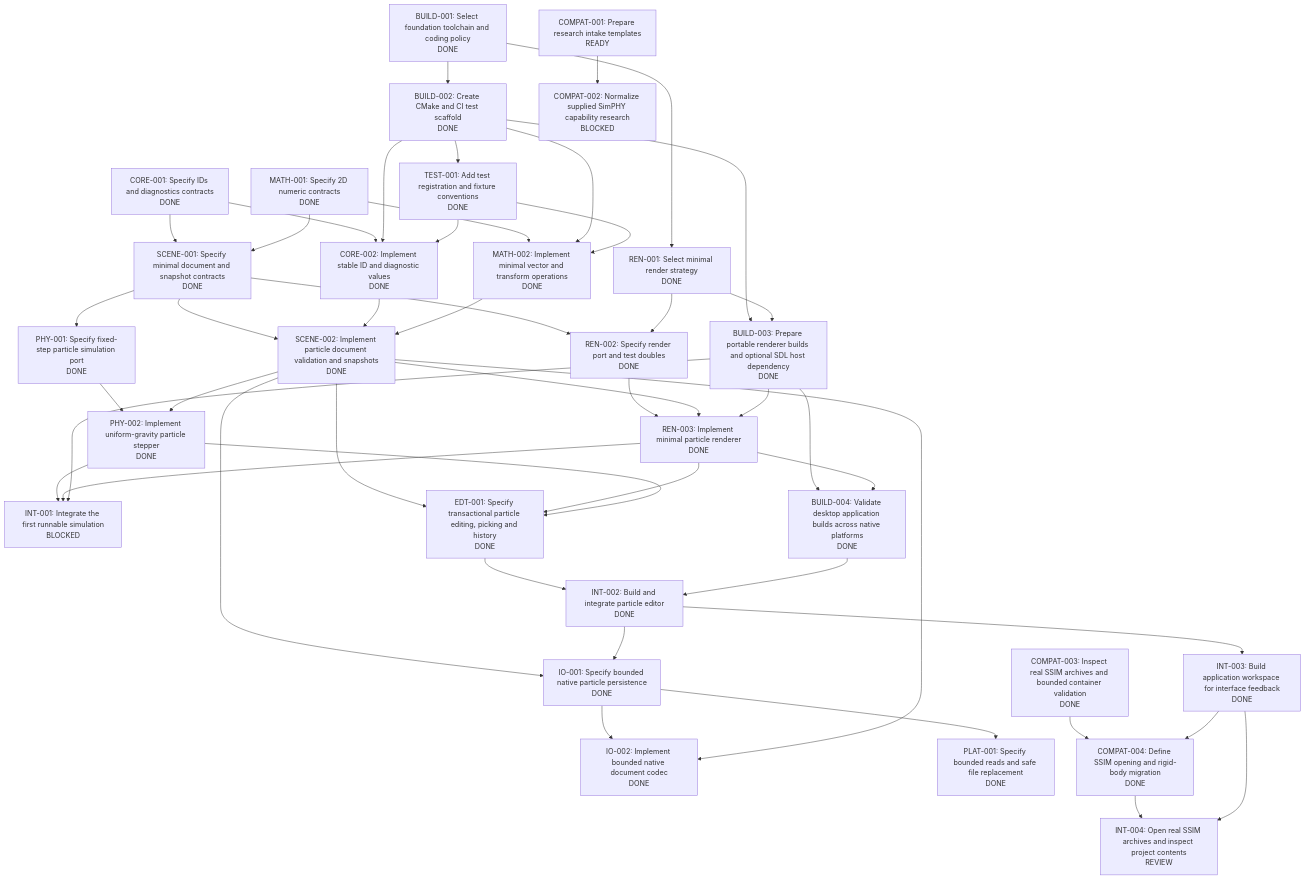
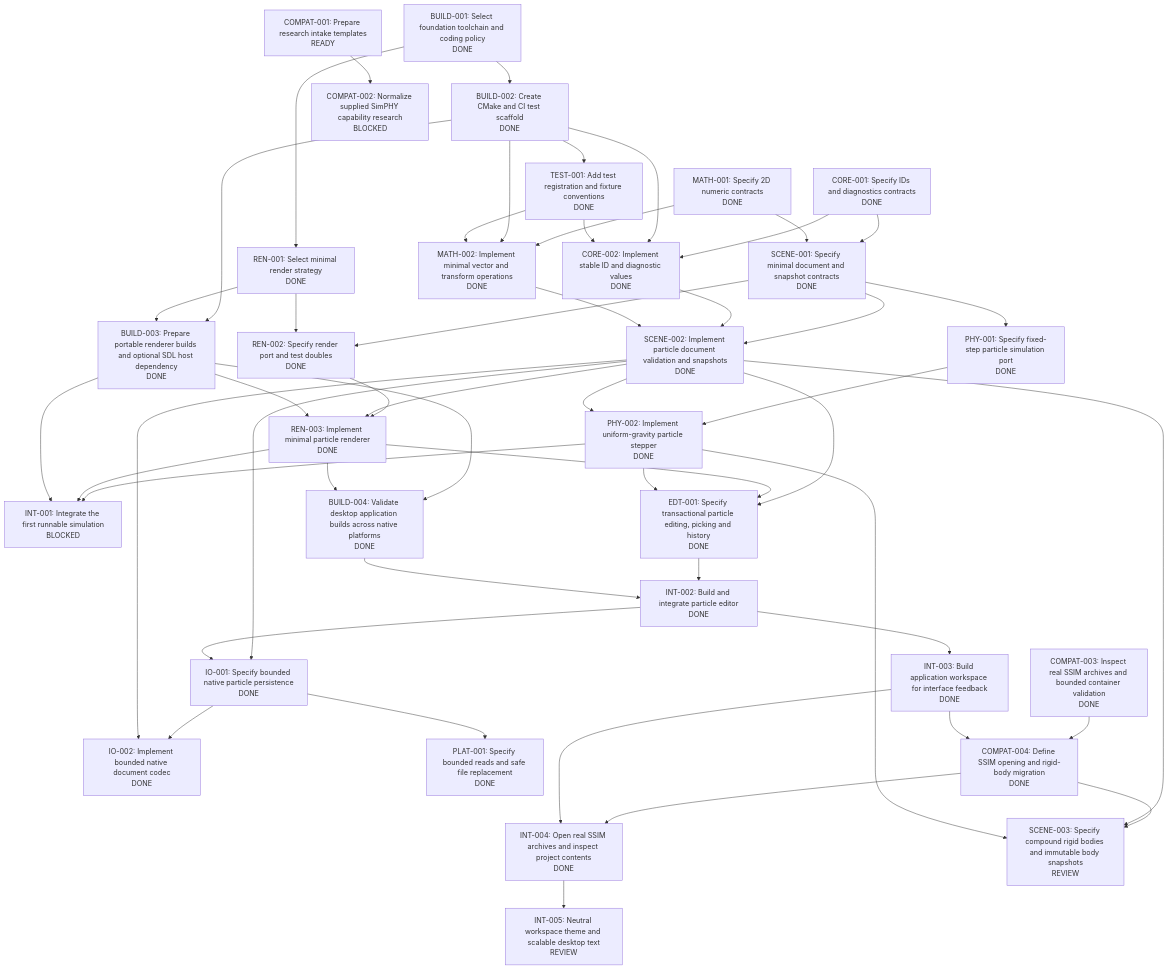
Before and after one commit to JnJarvis/open-simphy: the diagram in tasks/graph.md, drawn with Mermaid. The commit also changed other lines of this file and 4 other files, not shown here.

Commit message:
Submit desktop polish and rigid body contract with verified evidence

````diff
--- a/tasks/graph.md
+++ b/tasks/graph.md
@@ -9,76 +9,82 @@
 ```mermaid
 flowchart TD
   BUILD_001["BUILD-001: Select foundation toolchain and coding policy<br/>DONE"]
   CORE_001["CORE-001: Specify IDs and diagnostics contracts<br/>DONE"]
   MATH_001["MATH-001: Specify 2D numeric contracts<br/>DONE"]
   REN_001["REN-001: Select minimal render strategy<br/>DONE"]
   COMPAT_001["COMPAT-001: Prepare research intake templates<br/>READY"]
   BUILD_002["BUILD-002: Create CMake and CI test scaffold<br/>DONE"]
   TEST_001["TEST-001: Add test registration and fixture conventions<br/>DONE"]
   CORE_002["CORE-002: Implement stable ID and diagnostic values<br/>DONE"]
   MATH_002["MATH-002: Implement minimal vector and transform operations<br/>DONE"]
   SCENE_001["SCENE-001: Specify minimal document and snapshot contracts<br/>DONE"]
   PHY_001["PHY-001: Specify fixed-step particle simulation port<br/>DONE"]
   REN_002["REN-002: Specify render port and test doubles<br/>DONE"]
   SCENE_002["SCENE-002: Implement particle document validation and snapshots<br/>DONE"]
   PHY_002["PHY-002: Implement uniform-gravity particle stepper<br/>DONE"]
   REN_003["REN-003: Implement minimal particle renderer<br/>DONE"]
   INT_001["INT-001: Integrate the first runnable simulation<br/>BLOCKED"]
   COMPAT_002["COMPAT-002: Normalize supplied SimPHY capability research<br/>BLOCKED"]
   BUILD_003["BUILD-003: Prepare portable renderer builds and optional SDL host dependency<br/>DONE"]
   BUILD_004["BUILD-004: Validate desktop application builds across native platforms<br/>DONE"]
   EDT_001["EDT-001: Specify transactional particle editing, picking and history<br/>DONE"]
   INT_002["INT-002: Build and integrate particle editor<br/>DONE"]
   IO_001["IO-001: Specify bounded native particle persistence<br/>DONE"]
   IO_002["IO-002: Implement bounded native document codec<br/>DONE"]
   PLAT_001["PLAT-001: Specify bounded reads and safe file replacement<br/>DONE"]
   COMPAT_003["COMPAT-003: Inspect real SSIM archives and bounded container validation<br/>DONE"]
   INT_003["INT-003: Build application workspace for interface feedback<br/>DONE"]
   COMPAT_004["COMPAT-004: Define SSIM opening and rigid-body migration<br/>DONE"]
-  INT_004["INT-004: Open real SSIM archives and inspect project contents<br/>REVIEW"]
+  INT_004["INT-004: Open real SSIM archives and inspect project contents<br/>DONE"]
+  INT_005["INT-005: Neutral workspace theme and scalable desktop text<br/>REVIEW"]
+  SCENE_003["SCENE-003: Specify compound rigid bodies and immutable body snapshots<br/>REVIEW"]
   BUILD_001 --> REN_001
   BUILD_001 --> BUILD_002
   BUILD_002 --> TEST_001
   CORE_001 --> CORE_002
   BUILD_002 --> CORE_002
   TEST_001 --> CORE_002
   MATH_001 --> MATH_002
   BUILD_002 --> MATH_002
   TEST_001 --> MATH_002
   CORE_001 --> SCENE_001
   MATH_001 --> SCENE_001
   SCENE_001 --> PHY_001
   SCENE_001 --> REN_002
   REN_001 --> REN_002
   SCENE_001 --> SCENE_002
   CORE_002 --> SCENE_002
   MATH_002 --> SCENE_002
   PHY_001 --> PHY_002
   SCENE_002 --> PHY_002
   REN_002 --> REN_003
   SCENE_002 --> REN_003
   BUILD_003 --> REN_003
   PHY_002 --> INT_001
   REN_003 --> INT_001
   BUILD_003 --> INT_001
   COMPAT_001 --> COMPAT_002
   BUILD_002 --> BUILD_003
   REN_001 --> BUILD_003
   BUILD_003 --> BUILD_004
   REN_003 --> BUILD_004
   SCENE_002 --> EDT_001
   REN_003 --> EDT_001
   PHY_002 --> EDT_001
   EDT_001 --> INT_002
   BUILD_004 --> INT_002
   SCENE_002 --> IO_001
   INT_002 --> IO_001
   IO_001 --> IO_002
   SCENE_002 --> IO_002
   IO_001 --> PLAT_001
   INT_002 --> INT_003
   COMPAT_003 --> COMPAT_004
   INT_003 --> COMPAT_004
   COMPAT_004 --> INT_004
   INT_003 --> INT_004
+  INT_004 --> INT_005
+  COMPAT_004 --> SCENE_003
+  SCENE_002 --> SCENE_003
+  PHY_002 --> SCENE_003
 ```
````
